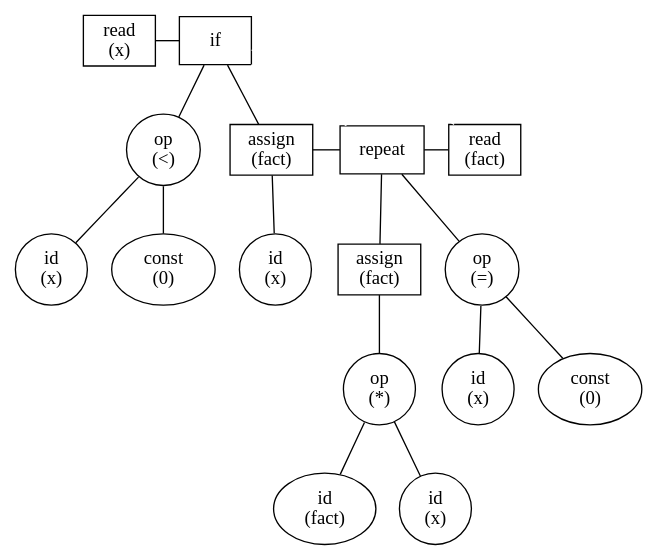
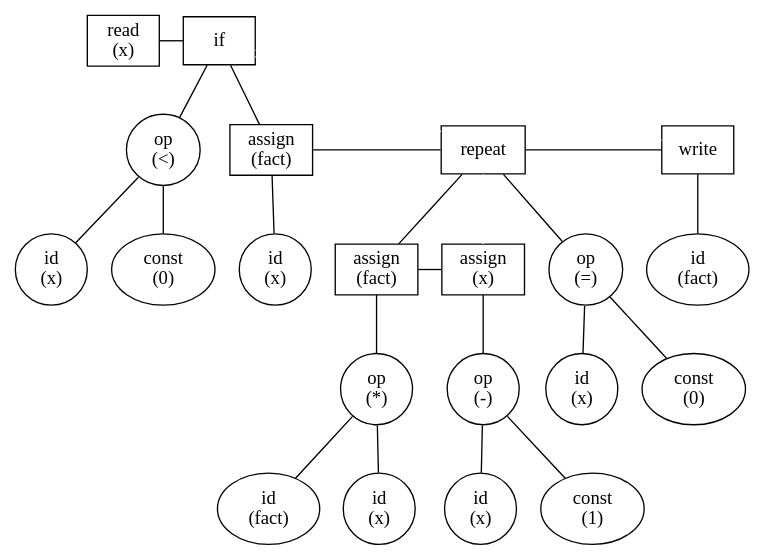
The diagram in EXE/SyntaxTree.gv (Bassem-Yousry/Parser), drawn with Graphviz before and after one commit. The commit also changed 1 other file, not shown here.

```diff
--- a/EXE/SyntaxTree.gv
+++ b/EXE/SyntaxTree.gv
@@ -1,90 +1,119 @@
 graph {
 	overlap=false splines=true
 	{
 		rank=same
 		node [shape=box]
 		0 [label="read
 (x)"]
 		node [shape=box]
 		3 [label=if]
 		0 -- 3 [constraint=false]
 	}
 	{
 		rank=same
 		node [shape=ellipse]
 		5 [label="op
 (<)"]
 		node [shape=box]
 		10 [label="assign
 (fact)"]
 		node [shape=box]
 		13 [label=repeat]
 		node [shape=box]
-		26 [label="read
-(fact)"]
+		32 [label=write]
 		10 -- 13 [constraint=false]
-		13 -- 26 [constraint=false]
+		13 -- 32 [constraint=false]
 	}
 	3 -- 5
 	3 -- 10
 	3 -- 13 [color=white constraint=false]
-	3 -- 26 [color=white constraint=false]
+	3 -- 32 [color=white constraint=false]
 	{
 		rank=same
 		node [shape=ellipse]
 		4 [label="id
 (x)"]
 		node [shape=ellipse]
 		6 [label="const
 (0)"]
 	}
 	5 -- 4
 	5 -- 6
 	{
 		rank=same
 		node [shape=ellipse]
 		11 [label="id
 (x)"]
 	}
 	10 -- 11
 	{
 		rank=same
 		node [shape=box]
 		16 [label="assign
 (fact)"]
+		node [shape=box]
+		22 [label="assign
+(x)"]
 		node [shape=ellipse]
-		23 [label="op
+		29 [label="op
 (=)"]
+		16 -- 22 [constraint=false]
 	}
 	13 -- 16
-	13 -- 23
+	13 -- 22 [color=white]
+	13 -- 29
 	{
 		rank=same
 		node [shape=ellipse]
 		18 [label="op
 (*)"]
 	}
 	16 -- 18
 	{
 		rank=same
 		node [shape=ellipse]
 		17 [label="id
 (fact)"]
 		node [shape=ellipse]
 		19 [label="id
 (x)"]
 	}
 	18 -- 17
 	18 -- 19
 	{
 		rank=same
 		node [shape=ellipse]
-		22 [label="id
+		24 [label="op
+(-)"]
+	}
+	22 -- 24
+	{
+		rank=same
+		node [shape=ellipse]
+		23 [label="id
 (x)"]
 		node [shape=ellipse]
-		24 [label="const
+		25 [label="const
+(1)"]
+	}
+	24 -- 23
+	24 -- 25
+	{
+		rank=same
+		node [shape=ellipse]
+		28 [label="id
+(x)"]
+		node [shape=ellipse]
+		30 [label="const
 (0)"]
 	}
-	23 -- 22
-	23 -- 24
+	29 -- 28
+	29 -- 30
+	{
+		rank=same
+		node [shape=ellipse]
+		33 [label="id
+(fact)"]
+	}
+	32 -- 33
 }
```
